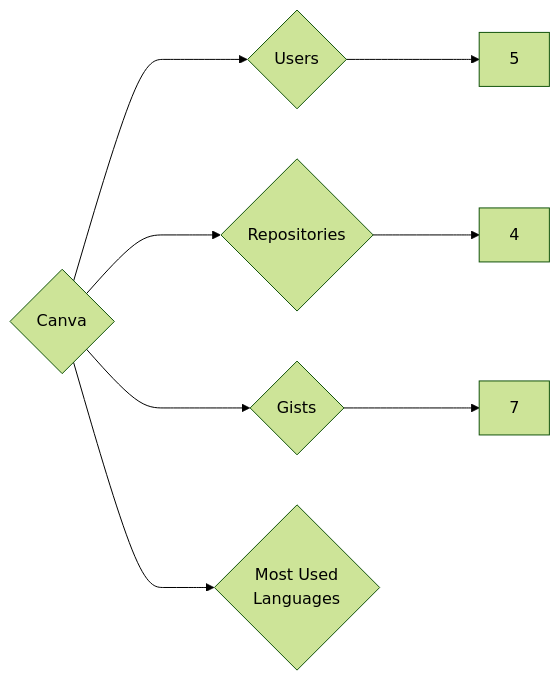
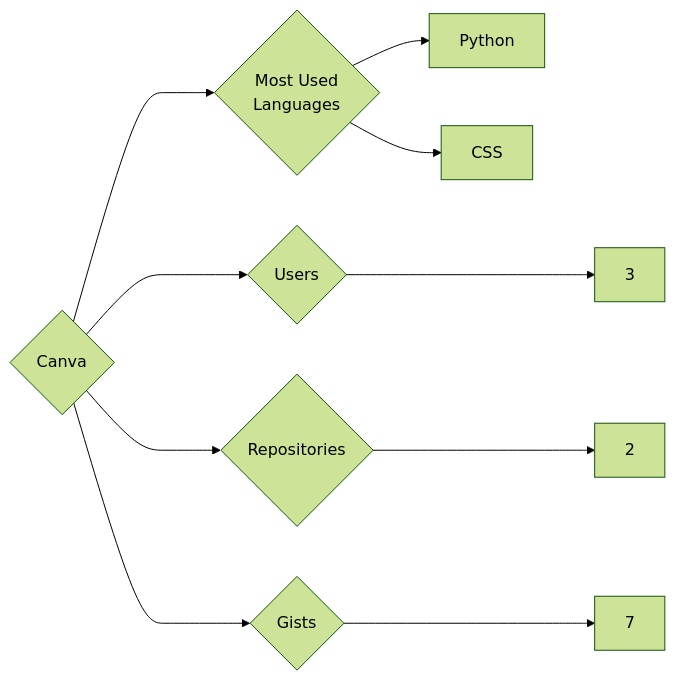
One commit to trickest/insiders changed the diagram in targets/Canva/README.md. Above: the diagram before and after it, drawn with Mermaid (forest theme). The commit also changed 933 other files, not shown here.

````diff
--- a/targets/Canva/README.md
+++ b/targets/Canva/README.md
@@ -3,8 +3,10 @@
 ```mermaid
 graph LR
 COMPANY_NAME{Canva}
-COMPANY_NAME ---> U{Users} ---> UN[5]
-COMPANY_NAME ---> R{Repositories} ---> RN[4]
+COMPANY_NAME ---> U{Users} ---> UN[3]
+COMPANY_NAME ---> R{Repositories} ---> RN[2]
 COMPANY_NAME ---> G{Gists} ---> GN[7]
 COMPANY_NAME ---> ML{Most Used<br>Languages}
+ML --> Python[Python]
+ML --> CSS[CSS]
 ```
````
